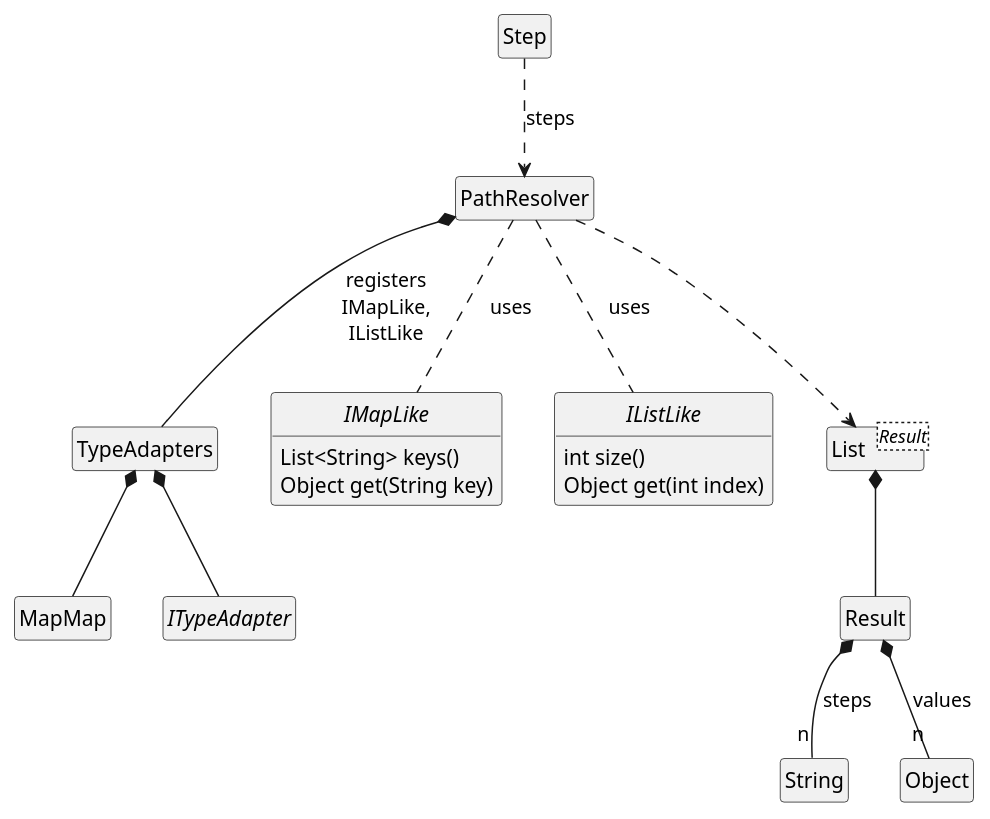
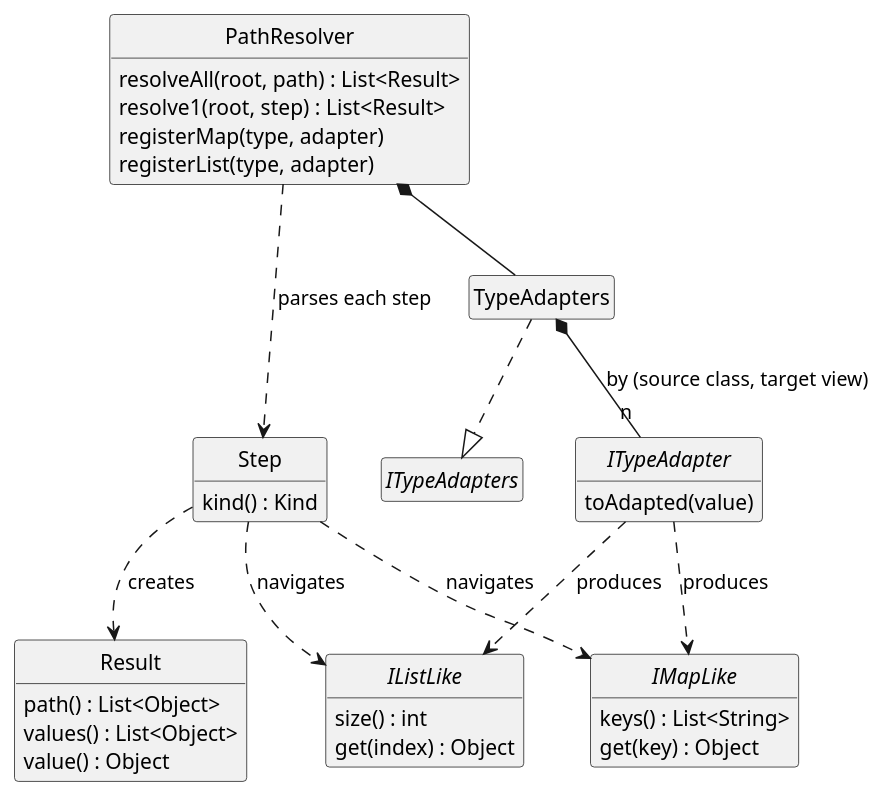
Before and after one commit to Calpano/graphinout: the diagram in foundation-jvm/src/main/java/com/graphinout/foundation/jvm/kpath/path-resolver.adoc, drawn with PlantUML. The commit also changed other lines of this file and 10 other files, not shown here.

First line of the commit message:
kpath: quoted steps, full paths for '..', cycle cut, adapter ambiguity

```diff
--- a/foundation-jvm/src/main/java/com/graphinout/foundation/jvm/kpath/path-resolver.adoc
+++ b/foundation-jvm/src/main/java/com/graphinout/foundation/jvm/kpath/path-resolver.adoc
@@ -131,35 +322,43 @@
 [plantuml]
 ....
 hide empty members
 hide circle
 
-class Result
-Result *-- "n" String : steps
-Result *-- "n" Object : values
-
-class PathResolver
-PathResolver *-- TypeAdapters : registers\nIMapLike,\nIListLike
-
-Step ..> PathResolver : steps
-
-PathResolver .. IMapLike : uses
-PathResolver .. IListLike : uses
-
+class PathResolver {
+    resolveAll(root, path) : List<Result>
+    resolve1(root, step) : List<Result>
+    registerMap(type, adapter)
+    registerList(type, adapter)
+}
+class Step {
+    kind() : Kind
+}
+class Result {
+    path() : List<Object>
+    values() : List<Object>
+    value() : Object
+}
 class TypeAdapters
-TypeAdapters *-- MapMap
+interface ITypeAdapters
+interface ITypeAdapter {
+    toAdapted(value)
+}
 interface IMapLike {
-    List<String> keys()
-    Object get(String key)
+    keys() : List<String>
+    get(key) : Object
 }
 interface IListLike {
-    int size()
-    Object get(int index)
+    size() : int
+    get(index) : Object
 }
-interface ITypeAdapter
-TypeAdapters *-- ITypeAdapter
 
-class resultList as "List<Result>"
-resultList *-- Result
-
-PathResolver ..> resultList
+PathResolver ..> Step : parses each step
+Step ..> Result : creates
+PathResolver *-- TypeAdapters
+TypeAdapters ..|> ITypeAdapters
+TypeAdapters *-- "n" ITypeAdapter : by (source class, target view)
+ITypeAdapter ..> IMapLike : produces
+ITypeAdapter ..> IListLike : produces
+Step ..> IMapLike : navigates
+Step ..> IListLike : navigates
 ....
```
